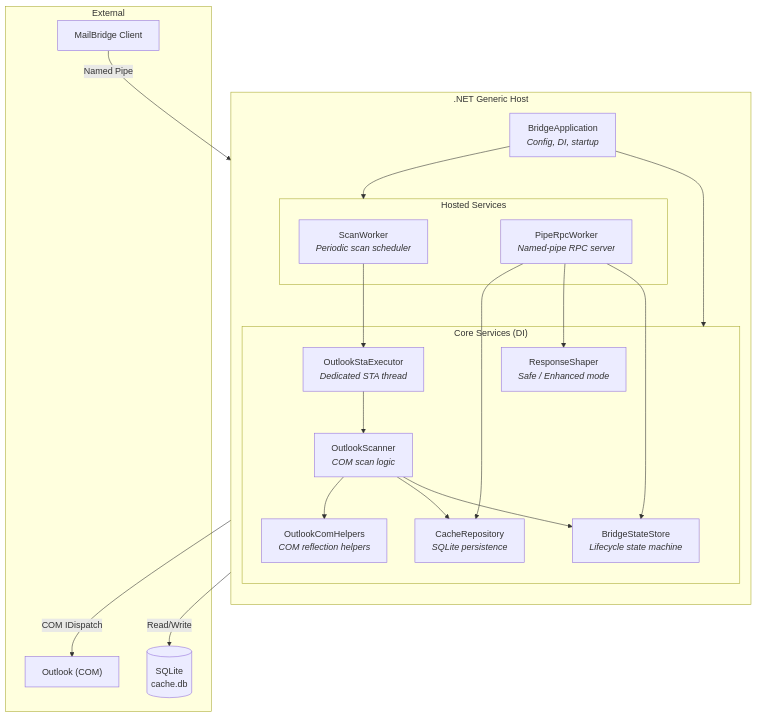
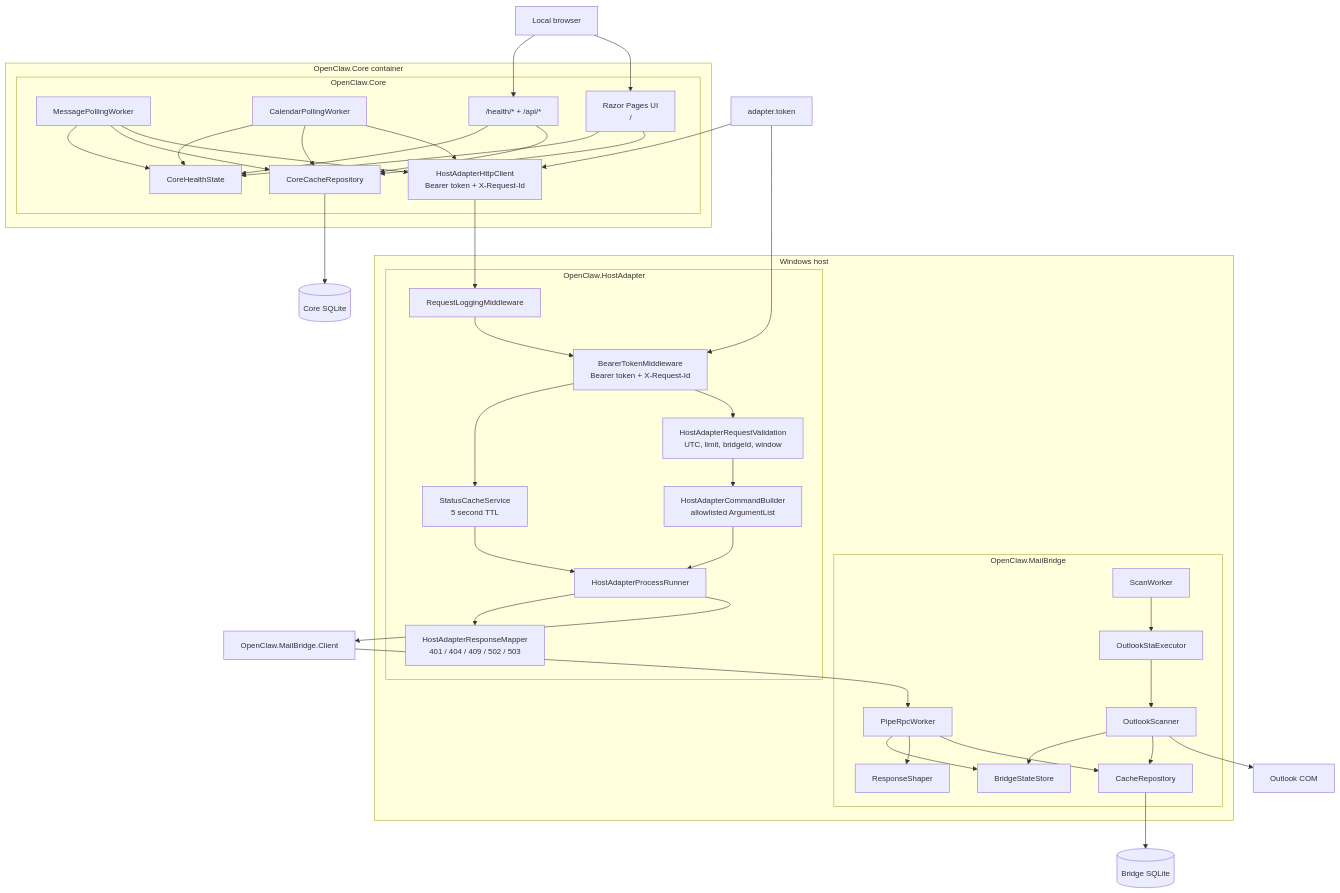
Before and after one commit to drmoisan/open-claw-bridge: the third of 12 diagrams in docs/architecture-diagrams.md, drawn with Mermaid. The commit also changed other lines of this file and 3 other files, not shown here.

````diff
--- a/docs/architecture-diagrams.md
+++ b/docs/architecture-diagrams.md
@@ -48,42 +63,80 @@
 ```mermaid
+%%{init: {"themeVariables": {"fontSize": "14px"}}}%%
 graph TB
-    subgraph Host["".NET Generic Host""]
-        direction TB
-        BA["BridgeApplication<br/><i>Config, DI, startup</i>"]
-
-        subgraph Workers["Hosted Services"]
-            SW["ScanWorker<br/><i>Periodic scan scheduler</i>"]
-            PRW["PipeRpcWorker<br/><i>Named-pipe RPC server</i>"]
+    subgraph WindowsHost["Windows host"]
+        subgraph BridgeHost["OpenClaw.MailBridge"]
+            SW["ScanWorker"]
+            PRW["PipeRpcWorker"]
+            STA["OutlookStaExecutor"]
+            OS["OutlookScanner"]
+            CR["CacheRepository"]
+            BSS["BridgeStateStore"]
+            RS["ResponseShaper"]
         end
 
-        subgraph Core["Core Services (DI)"]
-            BSS["BridgeStateStore<br/><i>Lifecycle state machine</i>"]
-            OS["OutlookScanner<br/><i>COM scan logic</i>"]
-            OCH["OutlookComHelpers<br/><i>COM reflection helpers</i>"]
-            STA["OutlookStaExecutor<br/><i>Dedicated STA thread</i>"]
-            CR["CacheRepository<br/><i>SQLite persistence</i>"]
-            RS["ResponseShaper<br/><i>Safe / Enhanced mode</i>"]
+        subgraph Adapter["OpenClaw.HostAdapter"]
+            Log["RequestLoggingMiddleware"]
+            Auth["BearerTokenMiddleware<br/>Bearer token + X-Request-Id"]
+            Validate["HostAdapterRequestValidation<br/>UTC, limit, bridgeId, window"]
+            StatusCache["StatusCacheService<br/>5 second TTL"]
+            Build["HostAdapterCommandBuilder<br/>allowlisted ArgumentList"]
+            Run["HostAdapterProcessRunner"]
+            Map["HostAdapterResponseMapper<br/>401 / 404 / 409 / 502 / 503"]
         end
-
-        BA --> Workers
-        BA --> Core
-        SW --> STA
-        STA --> OS
-        OS --> OCH
-        OS --> CR
-        OS --> BSS
-        PRW --> CR
-        PRW --> RS
-        PRW --> BSS
     end
 
-    subgraph External
-        OL["Outlook (COM)"]
-        DB[("SQLite<br/>cache.db")]
-        CLI["MailBridge Client"]
+    subgraph Container["OpenClaw.Core container"]
+        subgraph CoreApp["OpenClaw.Core"]
+            Http["HostAdapterHttpClient<br/>Bearer token + X-Request-Id"]
+            MPW["MessagePollingWorker"]
+            CPW["CalendarPollingWorker"]
+            Repo["CoreCacheRepository"]
+            Health["CoreHealthState"]
+            UI["Razor Pages UI<br/>/"]
+            API["/health/* + /api/*"]
+        end
     end
 
-    OS -- "COM IDispatch" --> OL
-    CR -- "Read/Write" --> DB
-    CLI -- "Named Pipe" --> PRW
+    Outlook["Outlook COM"]
+    Browser["Local browser"]
+    Token["adapter.token"]
+    BridgeDb[("Bridge SQLite")]
+    CoreDb[("Core SQLite")]
+
+    SW --> STA
+    STA --> OS
+    OS --> Outlook
+    OS --> CR
+    OS --> BSS
+    PRW --> CR
+    PRW --> RS
+    PRW --> BSS
+    CR --> BridgeDb
+
+    Log --> Auth
+    Auth --> Validate
+    Auth --> StatusCache
+    Validate --> Build
+    Build --> Run
+    Run --> Client["OpenClaw.MailBridge.Client"]
+    Run --> Map
+    StatusCache --> Run
+    Client --> PRW
+    Token --> Auth
+
+    MPW --> Http
+    CPW --> Http
+    Http --> Log
+    MPW --> Repo
+    CPW --> Repo
+    MPW --> Health
+    CPW --> Health
+    UI --> Repo
+    UI --> Health
+    API --> Repo
+    API --> Health
+    Repo --> CoreDb
+    Browser --> UI
+    Browser --> API
+    Token --> Http
 ```
````
